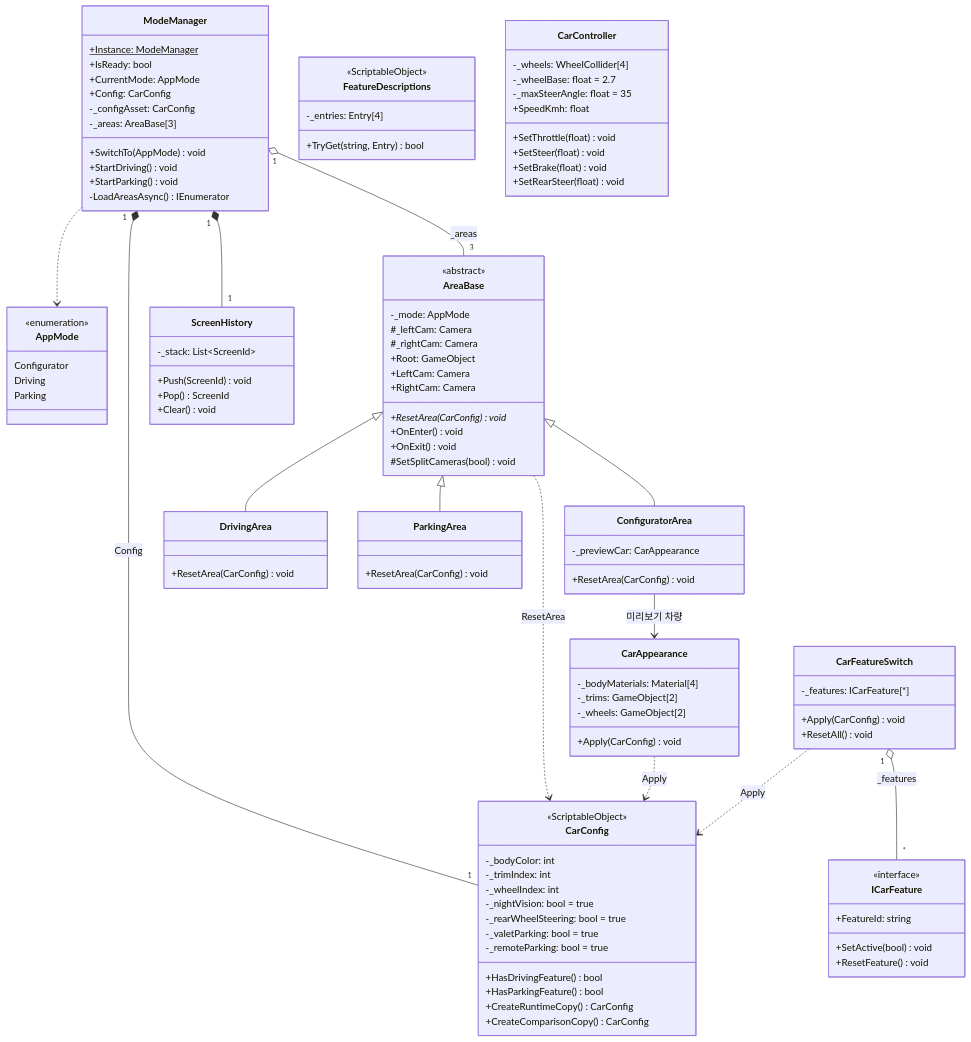
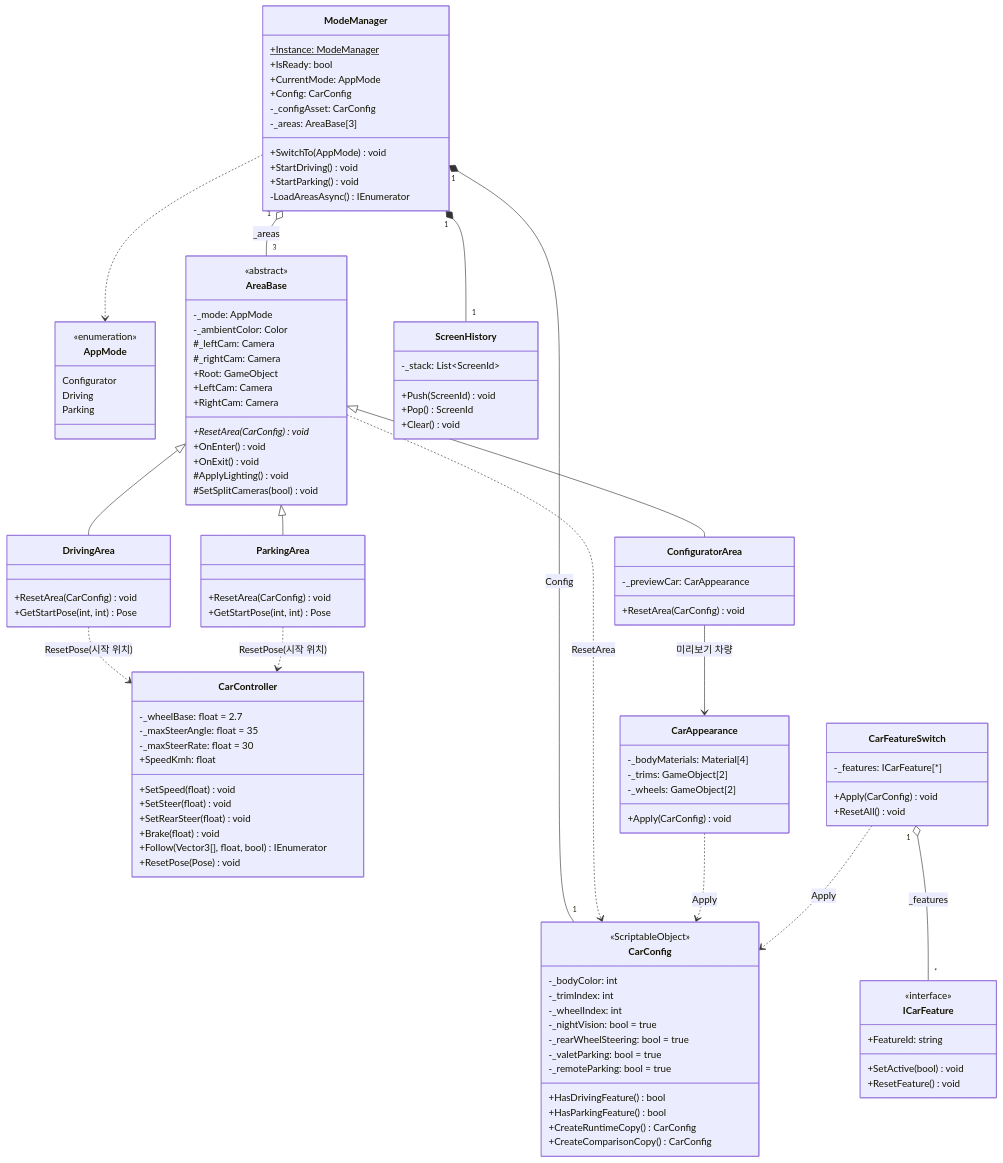
Before and after one commit to cuhote/YEYU_CarConfigurator_UnityProject: the first of 4 diagrams in docs/CLASS_DESIGN.md, drawn with Mermaid. The commit also changed other lines of this file, not shown here.

```diff
--- a/docs/CLASS_DESIGN.md
+++ b/docs/CLASS_DESIGN.md
@@ -42,6 +66,7 @@
   class AreaBase {
     <<abstract>>
     -_mode: AppMode
+    -_ambientColor: Color
     #_leftCam: Camera
     #_rightCam: Camera
     +Root: GameObject
@@ -50,6 +75,7 @@
     +ResetArea(CarConfig)* void
     +OnEnter() void
     +OnExit() void
+    #ApplyLighting() void
     #SetSplitCameras(bool) void
   }
   class ConfiguratorArea {
@@ -58,9 +84,11 @@
   }
   class DrivingArea {
     +ResetArea(CarConfig) void
+    +GetStartPose(int, int) Pose
   }
   class ParkingArea {
     +ResetArea(CarConfig) void
+    +GetStartPose(int, int) Pose
   }
   class CarConfig {
     <<ScriptableObject>>
@@ -76,11 +104,6 @@
     +CreateRuntimeCopy() CarConfig
     +CreateComparisonCopy() CarConfig
   }
-  class FeatureDescriptions {
-    <<ScriptableObject>>
-    -_entries: Entry[4]
-    +TryGet(string, Entry) bool
-  }
   class ScreenHistory {
     -_stack: List~ScreenId~
     +Push(ScreenId) void
@@ -94,14 +117,16 @@
     +ResetFeature() void
   }
   class CarController {
-    -_wheels: WheelCollider[4]
     -_wheelBase: float = 2.7
     -_maxSteerAngle: float = 35
+    -_maxSteerRate: float = 30
     +SpeedKmh: float
-    +SetThrottle(float) void
+    +SetSpeed(float) void
     +SetSteer(float) void
-    +SetBrake(float) void
     +SetRearSteer(float) void
+    +Brake(float) void
+    +Follow(Vector3[], float, bool) IEnumerator
+    +ResetPose(Pose) void
   }
   class CarAppearance {
     -_bodyMaterials: Material[4]
@@ -122,6 +147,8 @@
   ModeManager "1" *-- "1" ScreenHistory
   ModeManager ..> AppMode
   AreaBase ..> CarConfig : ResetArea
+  DrivingArea ..> CarController : ResetPose(시작 위치)
+  ParkingArea ..> CarController : ResetPose(시작 위치)
   ConfiguratorArea --> CarAppearance : 미리보기 차량
   CarAppearance ..> CarConfig : Apply
   CarFeatureSwitch ..> CarConfig : Apply
```
